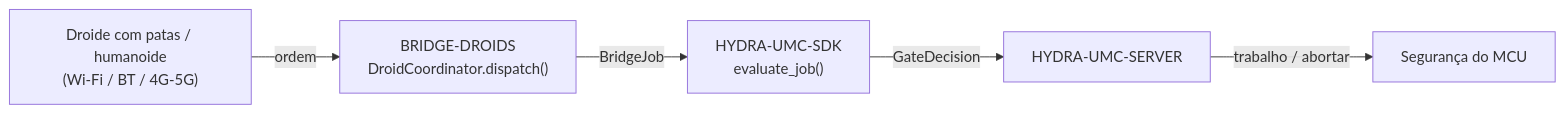
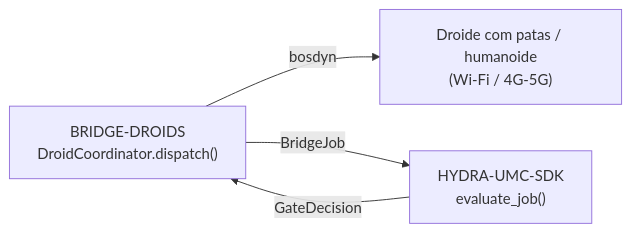
Before and after one commit to JuanenRac/HYDRA-UMC-BRIDGE-DROIDS: the diagram in README_por.md, drawn with Mermaid. The commit also changed other lines of this file and 20 other files, not shown here.

````diff
--- a/README_por.md
+++ b/README_por.md
@@ -47,7 +48,6 @@
 ```mermaid
 flowchart LR
-    DROID["Droide com patas / humanoide<br/>(Wi-Fi / BT / 4G-5G)"] -- "ordem" --> BRIDGE["BRIDGE-DROIDS<br/>DroidCoordinator.dispatch()"]
+    BRIDGE["BRIDGE-DROIDS<br/>DroidCoordinator.dispatch()"] -- "bosdyn" --> DROID["Droide com patas / humanoide<br/>(Wi-Fi / 4G-5G)"]
     BRIDGE -- BridgeJob --> SDK["HYDRA-UMC-SDK<br/>evaluate_job()"]
-    SDK -- GateDecision --> SERVER["HYDRA-UMC-SERVER"]
-    SERVER -- "trabalho / abortar" --> MCU["Segurança do MCU"]
+    SDK -- GateDecision --> BRIDGE
 ```
````
